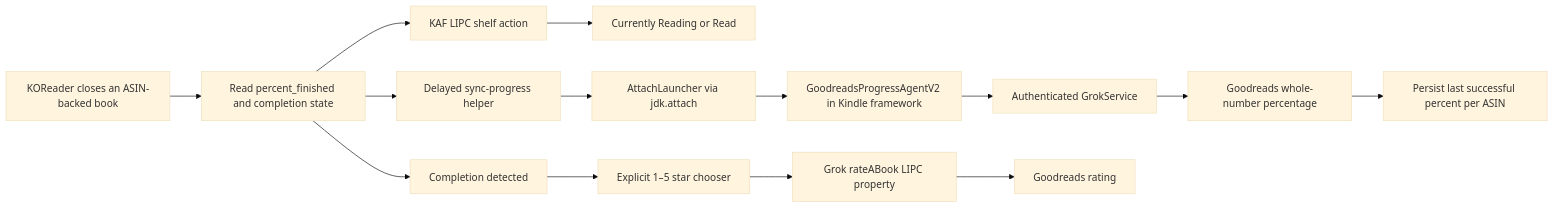
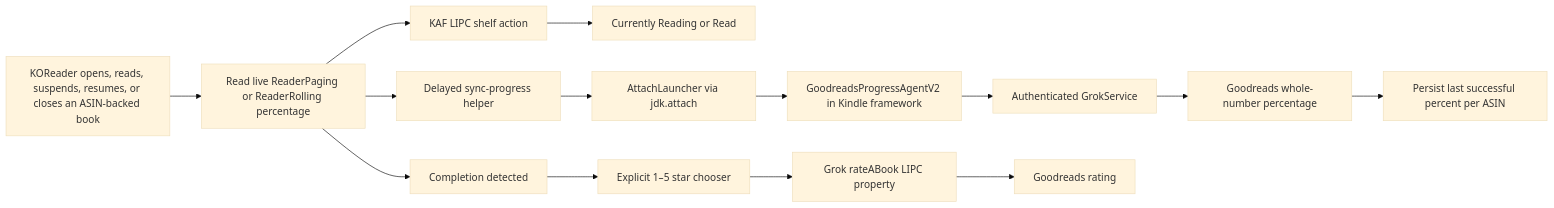
One commit to soloipd/koreader-goodreads-native changed the diagram in docs/architecture.md. Above: the diagram before and after it, drawn with Mermaid (base theme). The commit also changed other lines of this file and 15 other files, not shown here.

````diff
--- a/docs/architecture.md
+++ b/docs/architecture.md
@@ -6,16 +6,16 @@
 ```mermaid
 flowchart LR
-    A["KOReader closes an ASIN-backed book"] --> B["Read percent_finished and completion state"]
+    A["KOReader opens, reads, suspends, resumes, or closes an ASIN-backed book"] --> B["Read live ReaderPaging or ReaderRolling percentage"]
     B --> C["KAF LIPC shelf action"]
     C --> D["Currently Reading or Read"]
     B --> E["Delayed sync-progress helper"]
     E --> F["AttachLauncher via jdk.attach"]
     F --> G["GoodreadsProgressAgentV2 in Kindle framework"]
     G --> H["Authenticated GrokService"]
     H --> I["Goodreads whole-number percentage"]
     I --> J["Persist last successful percent per ASIN"]
     B --> K["Completion detected"]
     K --> L["Explicit 1–5 star chooser"]
     L --> M["Grok rateABook LIPC property"]
     M --> N["Goodreads rating"]
 ```
````
